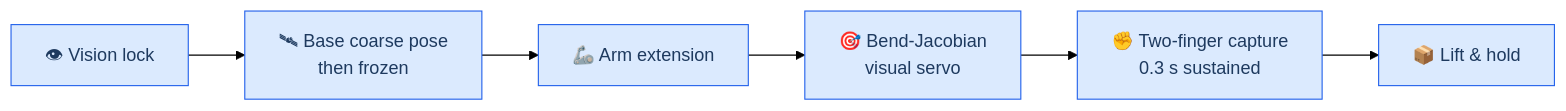
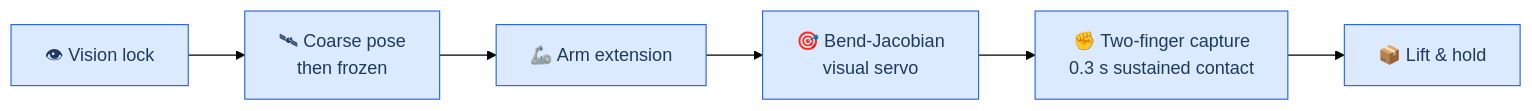
Before and after one commit to yubohann/AerialSoftArm: the diagram in README.md, drawn with Mermaid (forest theme). The commit also changed other lines of this file, not shown here.

````diff
--- a/README.md
+++ b/README.md
@@ -41,14 +46,14 @@
 ```mermaid
 flowchart LR
     accTitle: Autonomous grasp pipeline
     accDescr: Vision locks the part, the base takes a coarse pose and freezes, the arm extends, bend-Jacobian servo aligns the gripper, two fingers sustain contact, and the part is lifted.
 
-    vision["👁 Vision lock"] --> base["🛰 Base coarse pose<br/>then frozen"]
+    vision["👁 Vision lock"] --> base["🛰 Coarse pose<br/>then frozen"]
     base --> extend["🦾 Arm extension"]
     extend --> align["🎯 Bend-Jacobian<br/>visual servo"]
-    align --> grip["✊ Two-finger capture<br/>0.3 s sustained"]
+    align --> grip["✊ Two-finger capture<br/>0.3 s sustained contact"]
     grip --> lift["📦 Lift & hold"]
 
     classDef step fill:#dbeafe,stroke:#2563eb,color:#1e3a5f
     class vision,base,extend,align,grip,lift step
 ```
````
